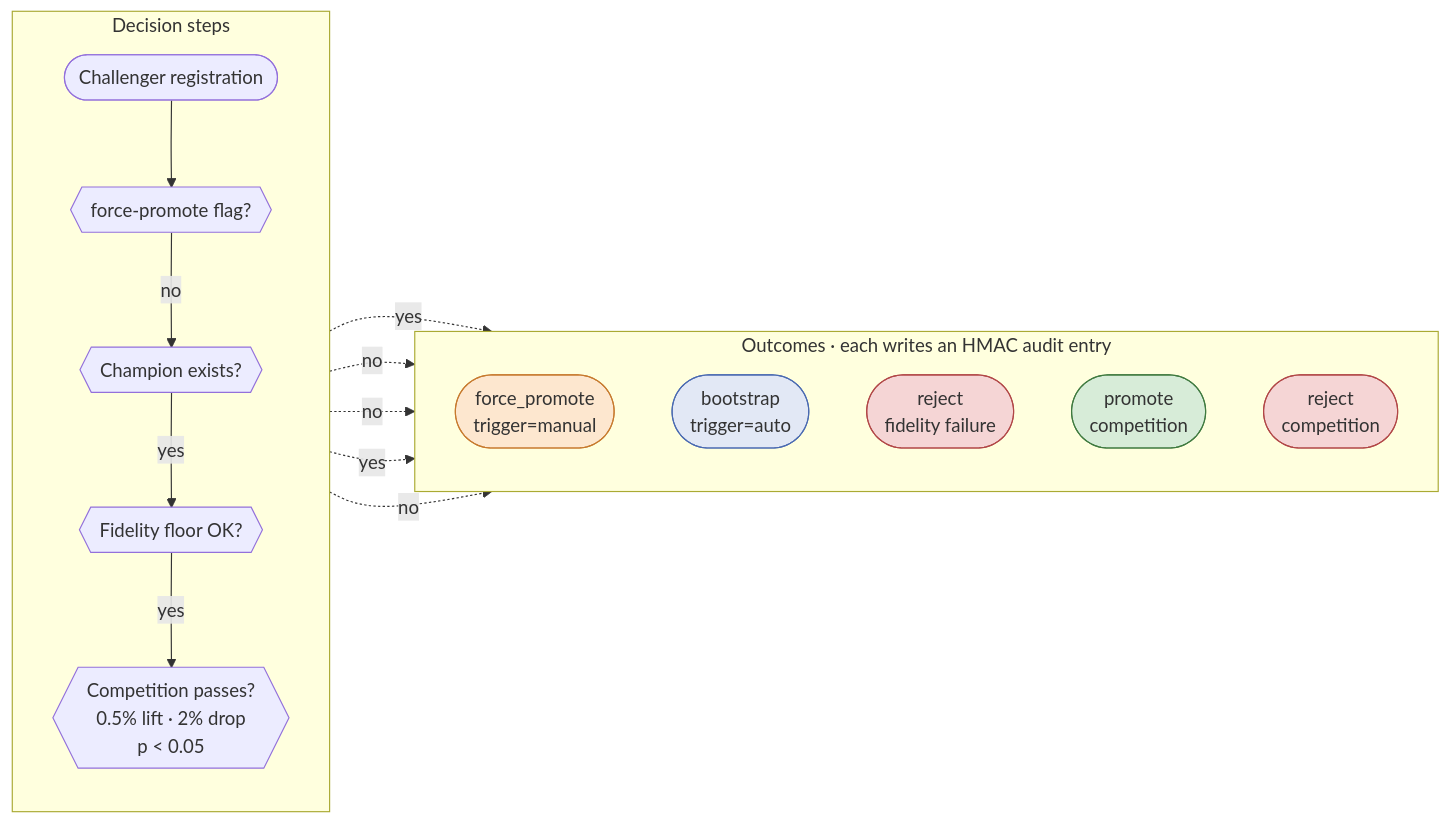
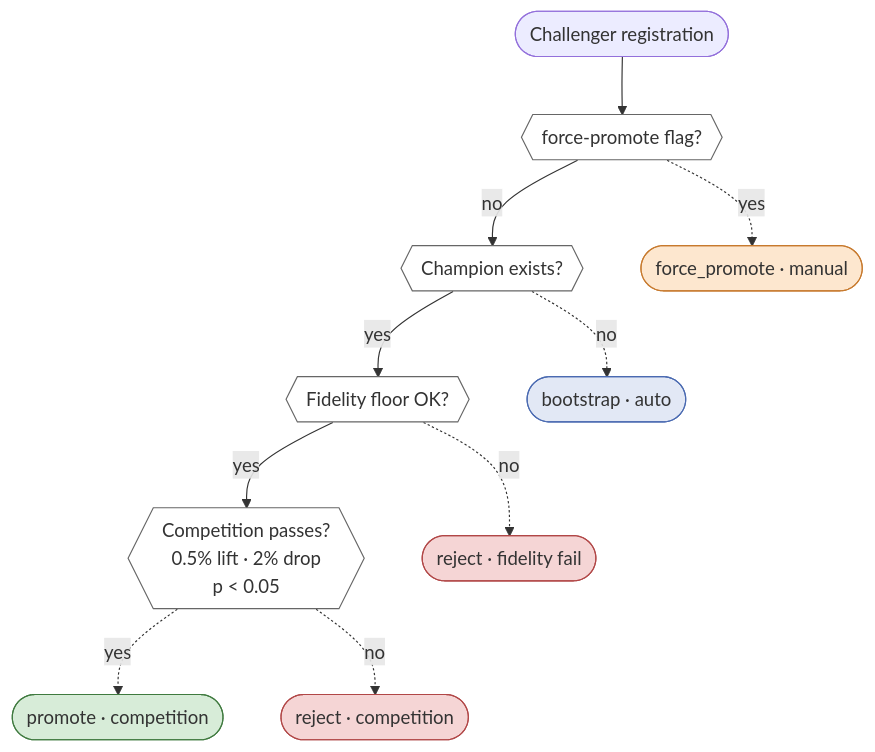
The diagram in src/content/posts/2026-04-21-mrm-ep2-champion-challenger-en.md (bluethestyle/bluethestyle.github.io), drawn with Mermaid before and after one commit. The commit also changed other lines of this file and 1 other file, not shown here.

Commit message:
viz(mrm-2): back to TB, drop audit convergence for staircase layout
LR + subgraphs didn't hold the inner TB direction — decision spine
rendered diagonally, worse than before.

Reverting to plain TB flowchart with the audit-convergence node
removed. Without the convergence, Mermaid's rank assignment
naturally staircases each side-branch next to the spine node that
spawned it (rank 2: q2 + d1, rank 3: q3 + d2, etc.) giving at most
two nodes per row — ~260px per node in the 520px post column,
which lets the labels render at readable size. Audit invariant is
noted in prose immediately under the diagram.

Decision nodes styled with white fill so the hexagonal shape reads
clearly; outcomes keep their color coding.

````diff
--- a/src/content/posts/2026-04-21-mrm-ep2-champion-challenger-en.md
+++ b/src/content/posts/2026-04-21-mrm-ep2-champion-challenger-en.md
@@ -54,34 +54,33 @@
 ```mermaid
-flowchart LR
-  subgraph D [Decision steps]
-    direction TB
-    start([Challenger registration])
-    q1{{"force-promote flag?"}}
-    q2{{"Champion exists?"}}
-    q3{{"Fidelity floor OK?"}}
-    q4{{"Competition passes?<br/>0.5% lift · 2% drop<br/>p &lt; 0.05"}}
-    start --> q1
-    q1 -- no --> q2
-    q2 -- yes --> q3
-    q3 -- yes --> q4
-  end
-  subgraph O [Outcomes · each writes an HMAC audit entry]
-    direction TB
-    d1([force_promote<br/>trigger=manual])
-    d2([bootstrap<br/>trigger=auto])
-    d3([reject<br/>fidelity failure])
-    d4a([promote<br/>competition])
-    d4b([reject<br/>competition])
-  end
+flowchart TB
+  start([Challenger registration])
+  q1{{"force-promote flag?"}}
+  q2{{"Champion exists?"}}
+  q3{{"Fidelity floor OK?"}}
+  q4{{"Competition passes?<br/>0.5% lift · 2% drop<br/>p &lt; 0.05"}}
+  d1([force_promote · manual])
+  d2([bootstrap · auto])
+  d3([reject · fidelity fail])
+  d4a([promote · competition])
+  d4b([reject · competition])
+
+  start --> q1
+  q1 -- no --> q2
+  q2 -- yes --> q3
+  q3 -- yes --> q4
   q1 -. yes .-> d1
   q2 -. no .-> d2
   q3 -. no .-> d3
   q4 -. yes .-> d4a
   q4 -. no .-> d4b
 
+  style q1 fill:#FFF,stroke:#666
+  style q2 fill:#FFF,stroke:#666
+  style q3 fill:#FFF,stroke:#666
+  style q4 fill:#FFF,stroke:#666
   style d1 fill:#FDE7CF,stroke:#C77A2E
   style d2 fill:#E2E8F5,stroke:#4A6AB1
   style d3 fill:#F5D5D5,stroke:#B14747
   style d4a fill:#D7ECD8,stroke:#3F7A3F
   style d4b fill:#F5D5D5,stroke:#B14747
 ```
````
